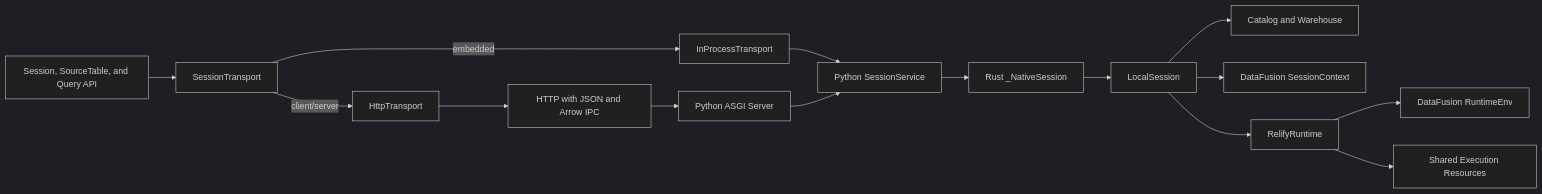
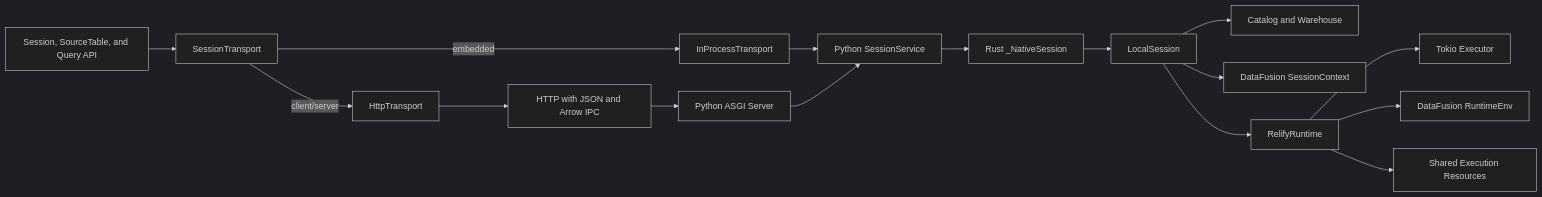
One commit to parqdb-io/parqdb changed the first of 2 diagrams in docs/rfcs/20260815-unified-embedded-client-server-api.md. Above: the diagram before and after it, drawn with Mermaid (dark theme). The commit also changed other lines of this file, not shown here.

````diff
--- a/docs/rfcs/20260815-unified-embedded-client-server-api.md
+++ b/docs/rfcs/20260815-unified-embedded-client-server-api.md
@@ -431,20 +462,21 @@
 ```mermaid
 flowchart LR
     API["Session, SourceTable, and Query API"] --> T["SessionTransport"]
 
     T -->|embedded| I["InProcessTransport"]
     T -->|client/server| H["HttpTransport"]
 
     I --> S["Python SessionService"]
     H --> N["HTTP with JSON and Arrow IPC"]
     N --> R["Python ASGI Server"]
     R --> S
 
     S --> L["Rust _NativeSession"]
     L --> LS["LocalSession"]
     LS --> C["Catalog and Warehouse"]
     LS --> E["DataFusion SessionContext"]
     LS --> RT["RelifyRuntime"]
+    RT --> X["Tokio Executor"]
     RT --> RE["DataFusion RuntimeEnv"]
     RT --> P["Shared Execution Resources"]
 ```
````
